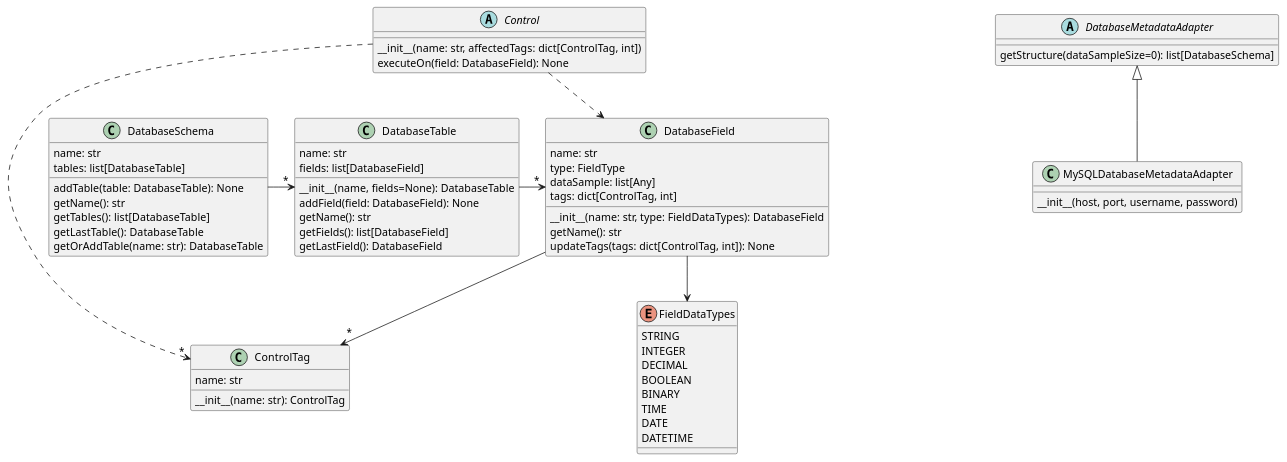
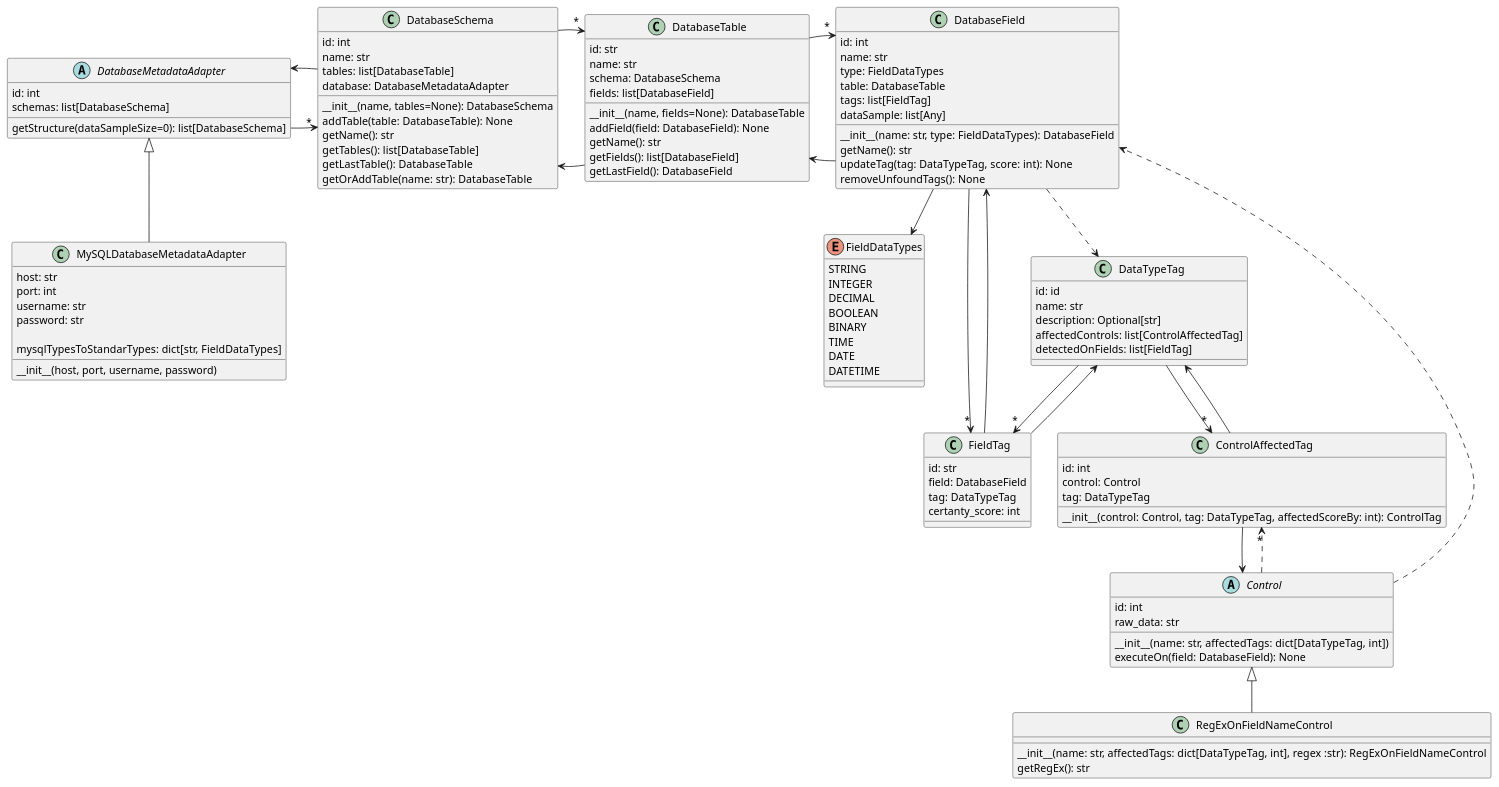
One commit to Agufi28/Challenge-Tecnico-ML changed the diagram in documentation/diagramaDeClases.puml. Above: the diagram before and after it, drawn with PlantUML. The commit also changed 5 other files, not shown here.

Commit message:
Actualizo el README.md. Actualizo el diagrama de clases. Agrego diagrama entidad relación.

```diff
--- a/documentation/diagramaDeClases.puml
+++ b/documentation/diagramaDeClases.puml
@@ -1,76 +1,127 @@
-/@startuml ChallengeTecnicoML
+/@startuml Diagrama de clases UML
 
 abstract class DatabaseMetadataAdapter{
+    id: int
+    schemas: list[DatabaseSchema]
+
     getStructure(dataSampleSize=0): list[DatabaseSchema]
 }
+DatabaseMetadataAdapter --> "*" DatabaseSchema
 
 class MySQLDatabaseMetadataAdapter extends DatabaseMetadataAdapter{
+    host: str
+    port: int
+    username: str
+    password: str
+
+    mysqlTypesToStandarTypes: dict[str, FieldDataTypes]
     __init__(host, port, username, password)
 }
 
 enum FieldDataTypes{
     STRING
     INTEGER
     DECIMAL
     BOOLEAN
     BINARY
     TIME
     DATE
     DATETIME
 }
 
+class FieldTag{
+    id: str
+    field: DatabaseField
+    tag: DataTypeTag
+    certanty_score: int
+}
+FieldTag --> DatabaseField
+FieldTag --> DataTypeTag
+
 class DatabaseField{
+    id: int
     name: str
-    type: FieldType
+    type: FieldDataTypes
+    table: DatabaseTable
+    tags: list[FieldTag]
     dataSample: list[Any]
-    tags: dict[ControlTag, int]
 
     __init__(name: str, type: FieldDataTypes): DatabaseField
     getName(): str
-    updateTags(tags: dict[ControlTag, int]): None
+    updateTag(tag: DataTypeTag, score: int): None
+    removeUnfoundTags(): None
 }
 
-DatabaseField --> "*" ControlTag
 DatabaseField --> FieldDataTypes
+DatabaseField --> DatabaseTable
+DatabaseField --> "*" FieldTag
+DatabaseField ..> DataTypeTag
 
 class DatabaseTable{
+    id: str
     name: str
+    schema: DatabaseSchema
     fields: list[DatabaseField]
 
     __init__(name, fields=None): DatabaseTable
     addField(field: DatabaseField): None
     getName(): str
     getFields(): list[DatabaseField]
     getLastField(): DatabaseField
 }
-
+DatabaseTable -> DatabaseSchema
 DatabaseTable -> "*" DatabaseField
 
 class DatabaseSchema{
+    id: int
     name: str
     tables: list[DatabaseTable]
+    database: DatabaseMetadataAdapter
 
+    __init__(name, tables=None): DatabaseSchema
     addTable(table: DatabaseTable): None
     getName(): str
     getTables(): list[DatabaseTable]
     getLastTable(): DatabaseTable
     getOrAddTable(name: str): DatabaseTable
 }
-
+DatabaseSchema -> DatabaseMetadataAdapter
 DatabaseSchema -> "*" DatabaseTable
 
-class ControlTag{
+class DataTypeTag{
+    id: id
     name: str
-
-    __init__(name: str): ControlTag
+    description: Optional[str]
+    affectedControls: list[ControlAffectedTag]
+    detectedOnFields: list[FieldTag]
 }
 
+DataTypeTag --> "*" ControlAffectedTag
+DataTypeTag --> "*" FieldTag
+
+class ControlAffectedTag{
+    id: int
+    control: Control
+    tag: DataTypeTag
+
+    __init__(control: Control, tag: DataTypeTag, affectedScoreBy: int): ControlTag
+}
+ControlAffectedTag --> Control
+ControlAffectedTag --> DataTypeTag
+
 abstract class Control{
-    __init__(name: str, affectedTags: dict[ControlTag, int])
+    id: int
+    raw_data: str
+
+    __init__(name: str, affectedTags: dict[DataTypeTag, int])
     executeOn(field: DatabaseField): None
 }
-
-Control ..> "*" ControlTag
+Control ..> "*" ControlAffectedTag
 Control ..> DatabaseField
 
+class RegExOnFieldNameControl extends Control{
+    __init__(name: str, affectedTags: dict[DataTypeTag, int], regex :str): RegExOnFieldNameControl
+    getRegEx(): str
+}
+
 /@enduml
```
